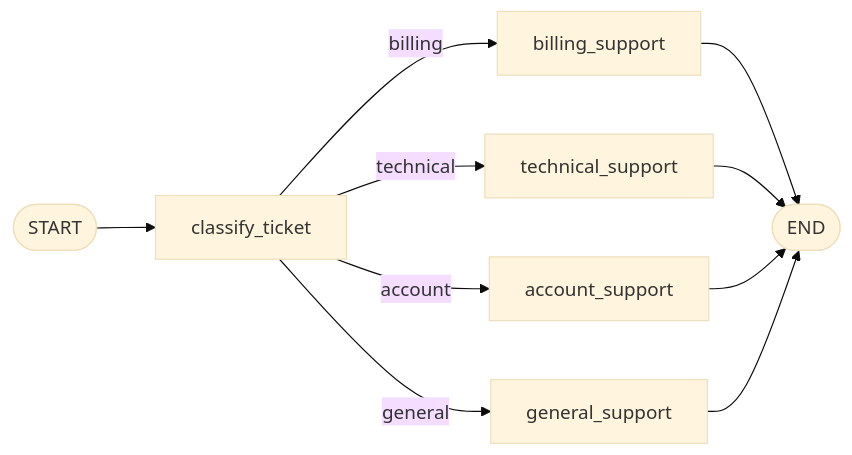
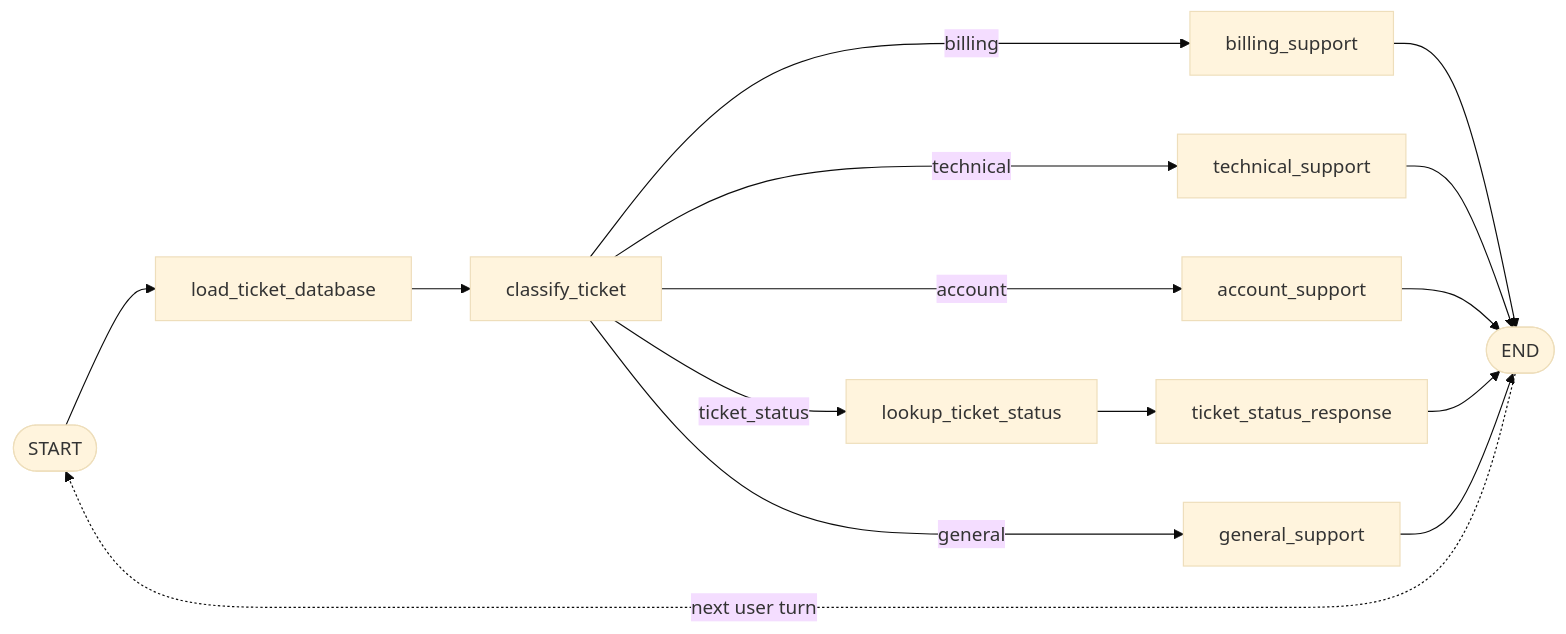
The diagram in README.md (mveron/langgraph-support-intent-chatbot), drawn with Mermaid (base theme) before and after one commit. The commit also changed other lines of this file and 11 other files, not shown here.

Commit message:
feat: add conversational ticket status workflow

````diff
--- a/README.md
+++ b/README.md
@@ -7,12 +14,17 @@
 ```mermaid
 flowchart LR
-    START([START]) --> classify_ticket[classify_ticket]
+    START([START]) --> load_ticket_database[load_ticket_database]
+    load_ticket_database --> classify_ticket[classify_ticket]
     classify_ticket -->|billing| billing_support[billing_support]
     classify_ticket -->|technical| technical_support[technical_support]
     classify_ticket -->|account| account_support[account_support]
+    classify_ticket -->|ticket_status| lookup_ticket_status[lookup_ticket_status]
     classify_ticket -->|general| general_support[general_support]
     billing_support --> END([END])
     technical_support --> END
     account_support --> END
+    lookup_ticket_status --> ticket_status_response[ticket_status_response]
+    ticket_status_response --> END
     general_support --> END
+    END -. next user turn .-> START
 ```
````
